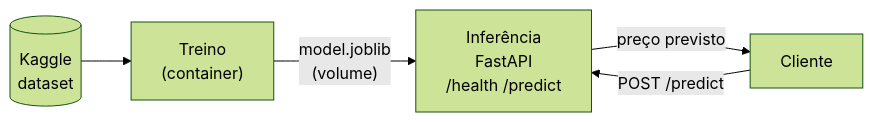
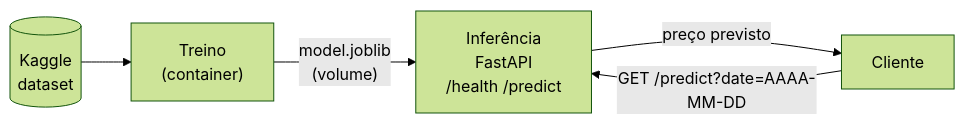
Before and after one commit to antoniodicillo/ponderada_docker: the diagram in readme.md, drawn with Mermaid (forest theme). The commit also changed other lines of this file and 10 other files, not shown here.

````diff
--- a/readme.md
+++ b/readme.md
@@ -21,7 +24,7 @@
 ```mermaid
 flowchart LR
     K[("Kaggle<br/>dataset")] --> T["Treino<br/>(container)"]
     T -- "model.joblib<br/>(volume)" --> B["Inferência<br/>FastAPI<br/>/health /predict"]
-    C["Cliente"] -- "POST /predict" --> B
+    C["Cliente"] -- "GET /predict?date=AAAA-MM-DD" --> B
     B -- "preço previsto" --> C
 ```
````
